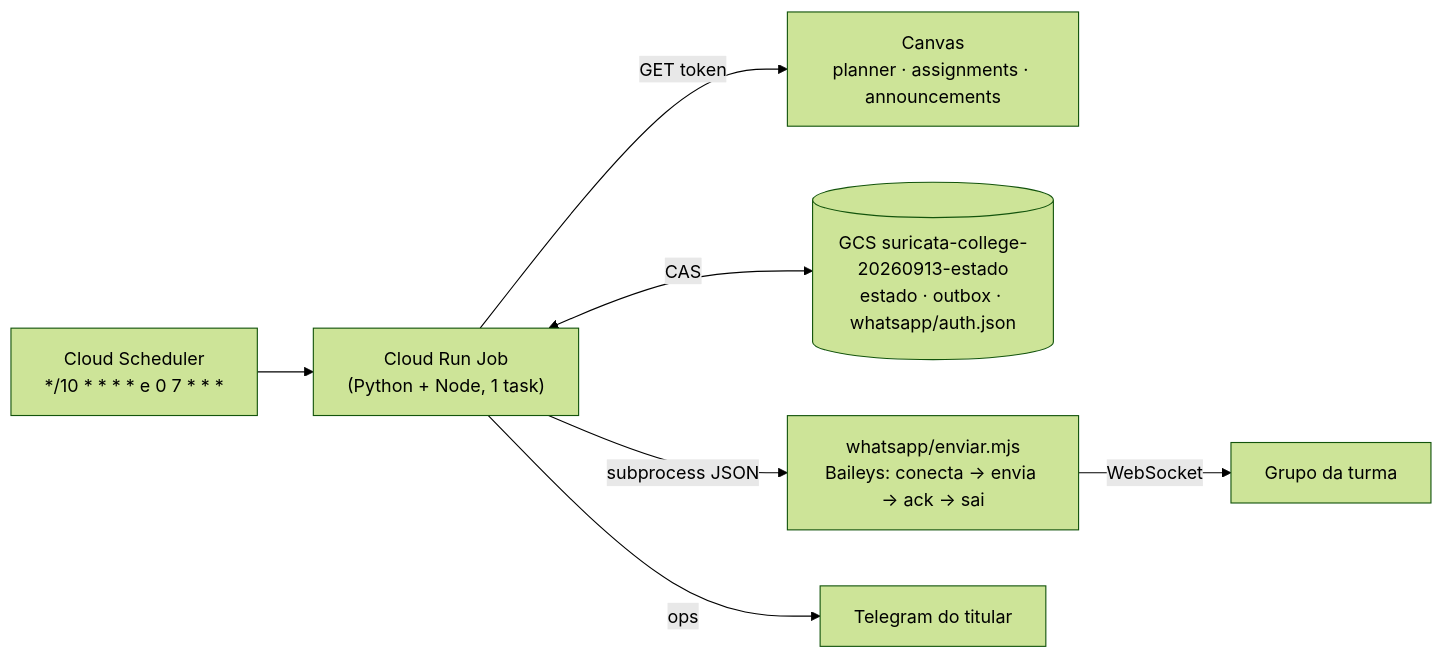
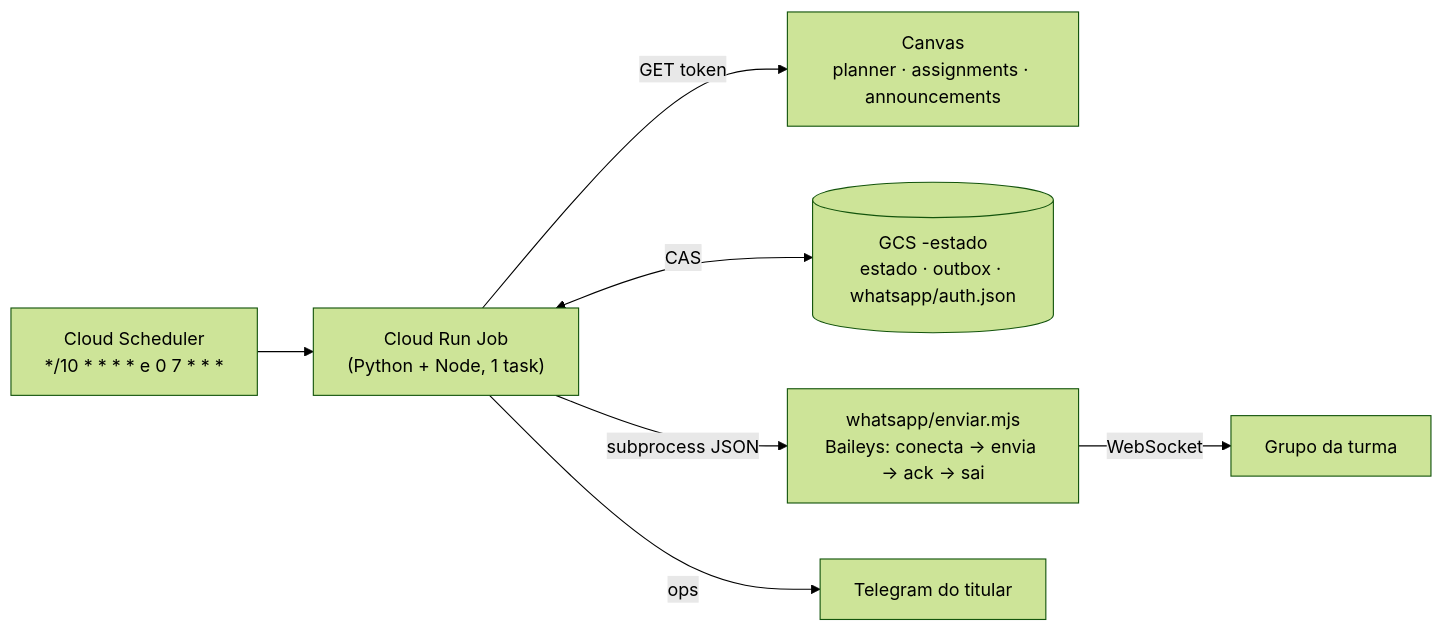
Before and after one commit to zC4sTr0/puc-bot-suricata-whatsapp: the diagram in docs/historico/PLANO-SURICATA-WHATSAPP.md, drawn with Mermaid (forest theme). The commit also changed other lines of this file and 44 other files, not shown here.

````diff
--- a/docs/historico/PLANO-SURICATA-WHATSAPP.md
+++ b/docs/historico/PLANO-SURICATA-WHATSAPP.md
@@ -234,9 +236,9 @@
 ```mermaid
 flowchart LR
   SCH["Cloud Scheduler<br/>*/10 * * * * e 0 7 * * *"] --> JOB["Cloud Run Job<br/>(Python + Node, 1 task)"]
   JOB -->|GET token| CV["Canvas<br/>planner · assignments · announcements"]
-  JOB <-->|CAS| GCS[("GCS suricata-college-20260913-estado<br/>estado · outbox · whatsapp/auth.json")]
+  JOB <-->|CAS| GCS[("GCS <projeto-suricata-confirmado>-estado<br/>estado · outbox · whatsapp/auth.json")]
   JOB -->|subprocess JSON| NODE["whatsapp/enviar.mjs<br/>Baileys: conecta → envia → ack → sai"]
   NODE -->|WebSocket| WA["Grupo da turma"]
   JOB -->|ops| TG["Telegram do titular"]
 ```
````
